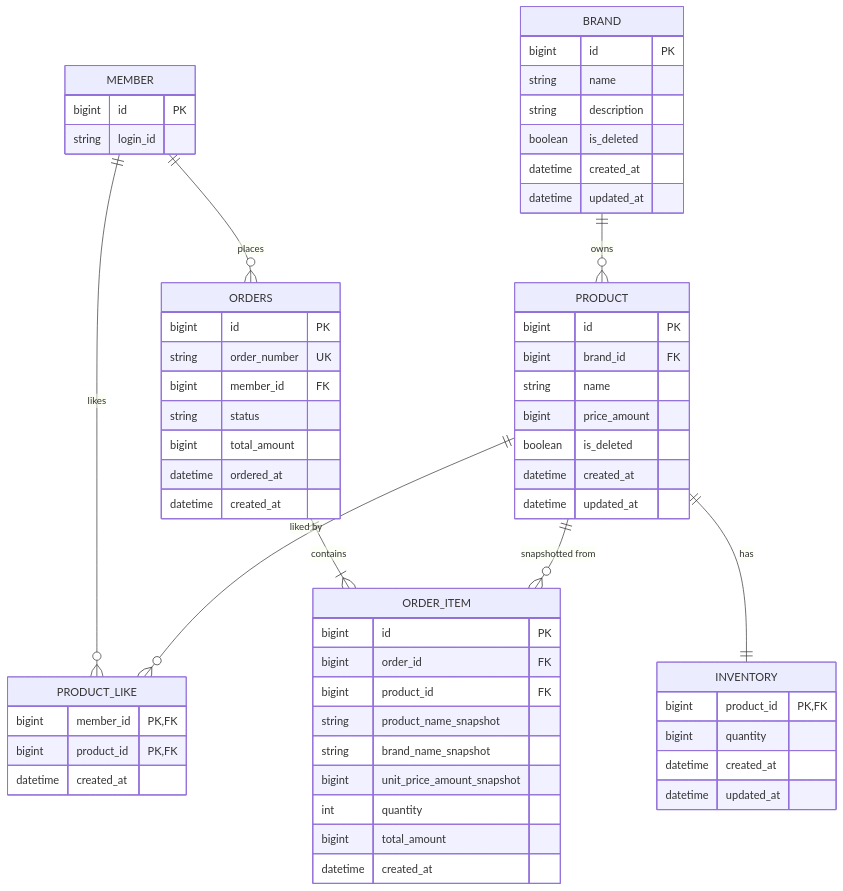
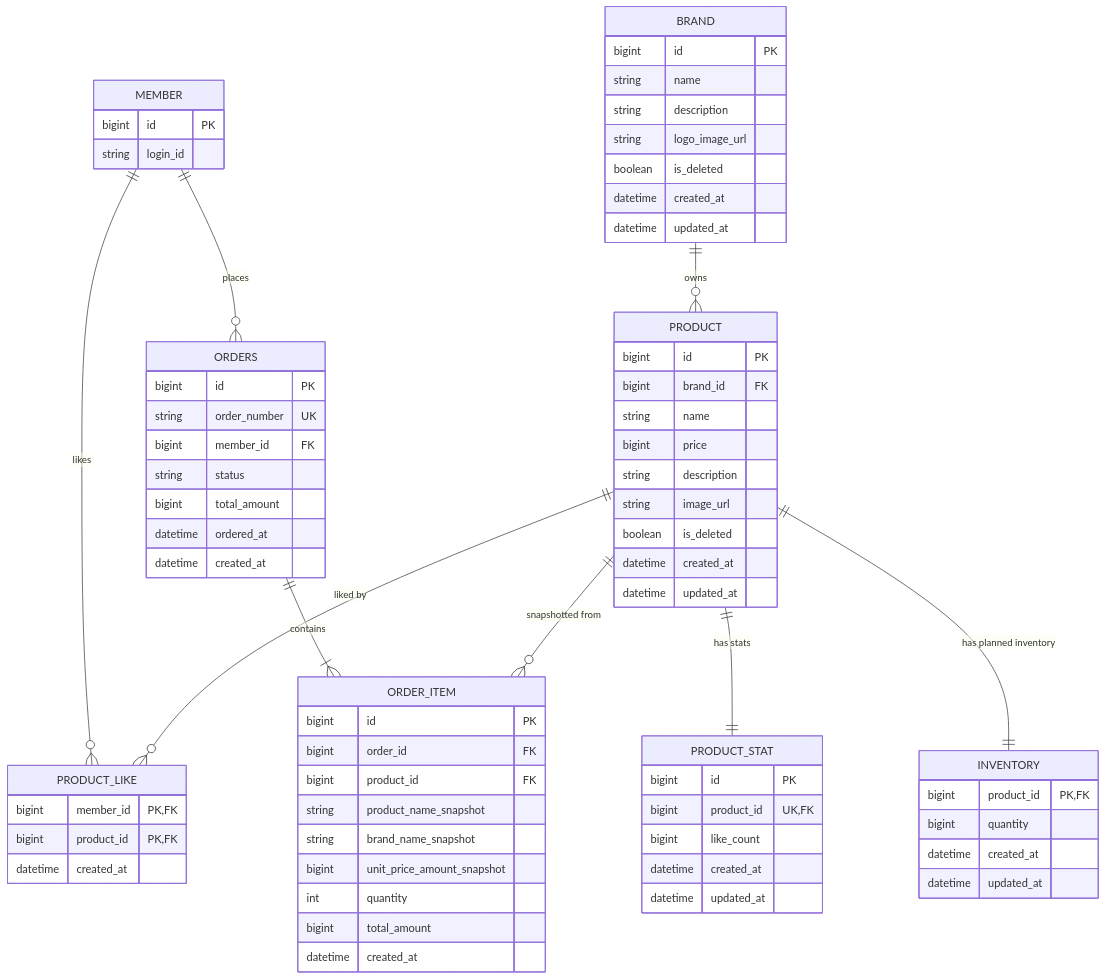
One commit to loopers-labs/loop-pack-be-l2-vol4-kotlin changed the diagram in docs/week2/10-erd.md. Above: the diagram before and after it, drawn with Mermaid. The commit also changed other lines of this file and 50 other files, not shown here.

````diff
--- a/docs/week2/10-erd.md
+++ b/docs/week2/10-erd.md
@@ -10,69 +10,81 @@
 ```mermaid
 erDiagram
     MEMBER ||--o{ PRODUCT_LIKE : "likes"
     PRODUCT ||--o{ PRODUCT_LIKE : "liked by"
     BRAND ||--o{ PRODUCT : "owns"
-    PRODUCT ||--|| INVENTORY : "has"
+    PRODUCT ||--|| PRODUCT_STAT : "has stats"
+    PRODUCT ||--|| INVENTORY : "has planned inventory"
     MEMBER ||--o{ ORDERS : "places"
     ORDERS ||--|{ ORDER_ITEM : "contains"
     PRODUCT ||--o{ ORDER_ITEM : "snapshotted from"
 
     MEMBER {
         bigint id PK
         string login_id
     }
 
     BRAND {
         bigint id PK
         string name
         string description
+        string logo_image_url
         boolean is_deleted
         datetime created_at
         datetime updated_at
     }
 
     PRODUCT {
         bigint id PK
         bigint brand_id FK
         string name
-        bigint price_amount
+        bigint price
+        string description
+        string image_url
         boolean is_deleted
+        datetime created_at
+        datetime updated_at
+    }
+
+    PRODUCT_STAT {
+        bigint id PK
+        bigint product_id UK, FK
+        bigint like_count
         datetime created_at
         datetime updated_at
     }
 
     INVENTORY {
         bigint product_id PK, FK
         bigint quantity
         datetime created_at
         datetime updated_at
     }
 
     PRODUCT_LIKE {
         bigint member_id PK, FK
         bigint product_id PK, FK
         datetime created_at
     }
 
     ORDERS {
         bigint id PK
         string order_number UK
         bigint member_id FK
         string status
         bigint total_amount
         datetime ordered_at
         datetime created_at
     }
 
     ORDER_ITEM {
         bigint id PK
         bigint order_id FK
         bigint product_id FK
         string product_name_snapshot
         string brand_name_snapshot
         bigint unit_price_amount_snapshot
         int quantity
         bigint total_amount
         datetime created_at
     }
 ```
````
